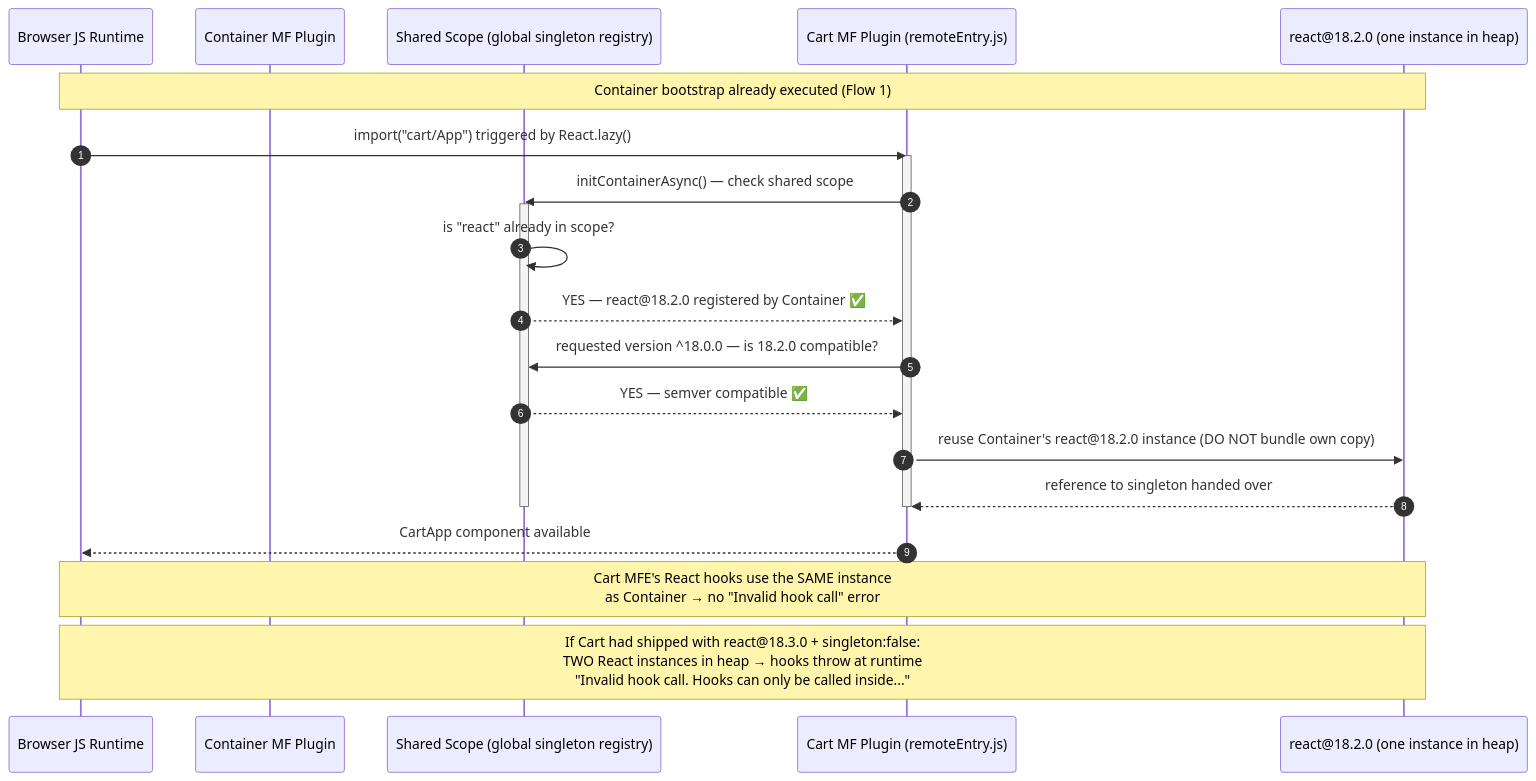
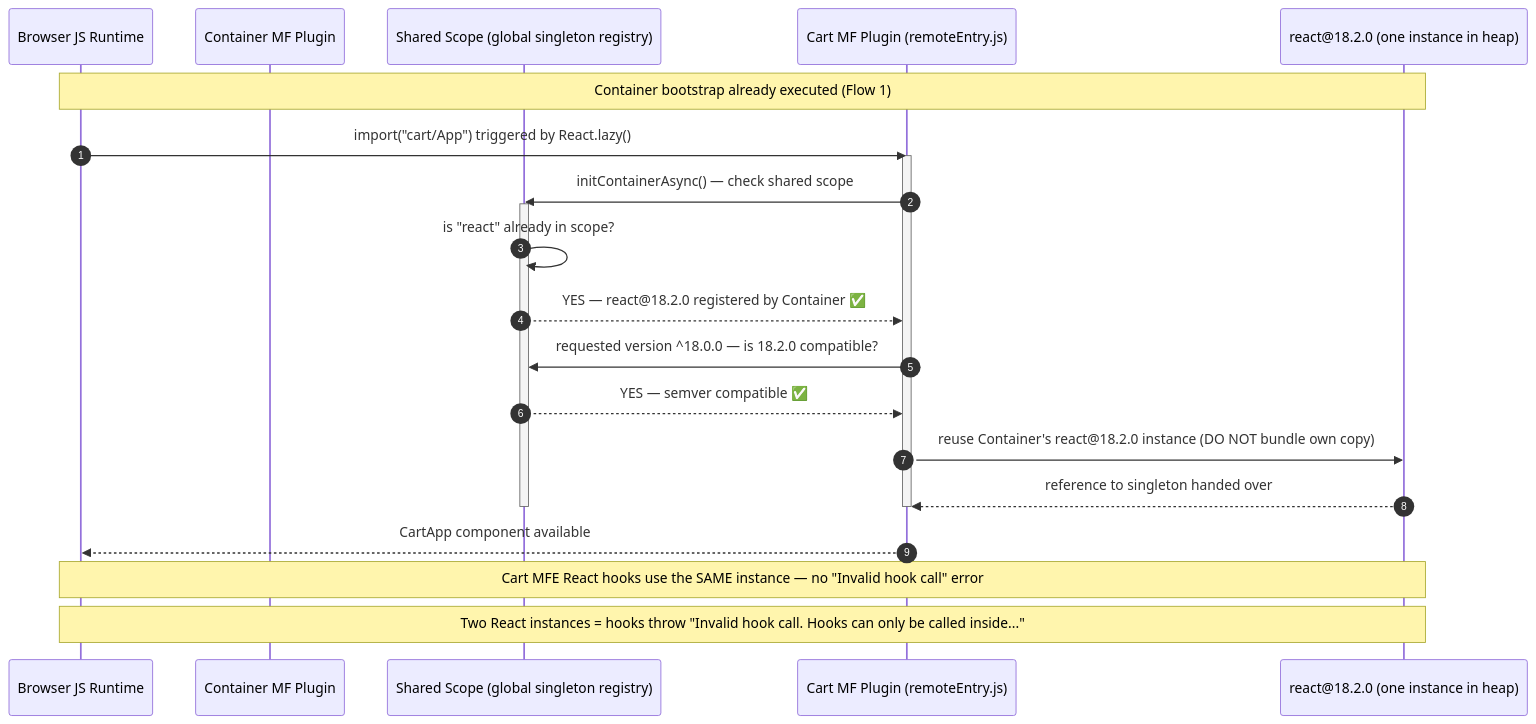
Before and after one commit to calvinlee999/Micro-Frontend-Architecture-and-UI-Component-Libraries-with-React: diagram 16 of 18 in SEQUENCE_DIAGRAMS.md, drawn with Mermaid. The commit also changed other lines of this file, not shown here.

First line of the commit message:
fix: resolve all Mermaid parse errors in SEQUENCE_DIAGRAMS.md

````diff
--- a/SEQUENCE_DIAGRAMS.md
+++ b/SEQUENCE_DIAGRAMS.md
@@ -1432,34 +1432,34 @@
 ```mermaid
 sequenceDiagram
     autonumber
     participant Browser as Browser JS Runtime
     participant ContainerMF as Container MF Plugin
     participant SharedScope as Shared Scope (global singleton registry)
     participant CartMF as Cart MF Plugin (remoteEntry.js)
     participant ReactSingleton as react@18.2.0 (one instance in heap)
 
     Note over Browser,ReactSingleton: Container bootstrap already executed (Flow 1)
 
     Browser->>CartMF: import("cart/App") triggered by React.lazy()
     activate CartMF
 
     CartMF->>SharedScope: initContainerAsync() — check shared scope
     activate SharedScope
 
     SharedScope->>SharedScope: is "react" already in scope?
     SharedScope-->>CartMF: YES — react@18.2.0 registered by Container ✅
 
     CartMF->>SharedScope: requested version ^18.0.0 — is 18.2.0 compatible?
     SharedScope-->>CartMF: YES — semver compatible ✅
 
     CartMF->>ReactSingleton: reuse Container's react@18.2.0 instance (DO NOT bundle own copy)
     ReactSingleton-->>CartMF: reference to singleton handed over
 
     deactivate SharedScope
     deactivate CartMF
 
     CartMF-->>Browser: CartApp component available
-    Note over Browser,ReactSingleton: Cart MFE's React hooks use the SAME instance<br/>as Container → no "Invalid hook call" error
+    Note over Browser,ReactSingleton: Cart MFE React hooks use the SAME instance — no "Invalid hook call" error
 
-    Note over Browser, ReactSingleton: If Cart had shipped with react@18.3.0 + singleton:false:<br/>TWO React instances in heap → hooks throw at runtime<br/>"Invalid hook call. Hooks can only be called inside..."
+    Note over Browser, ReactSingleton: Two React instances = hooks throw "Invalid hook call. Hooks can only be called inside..."
 ```
````
